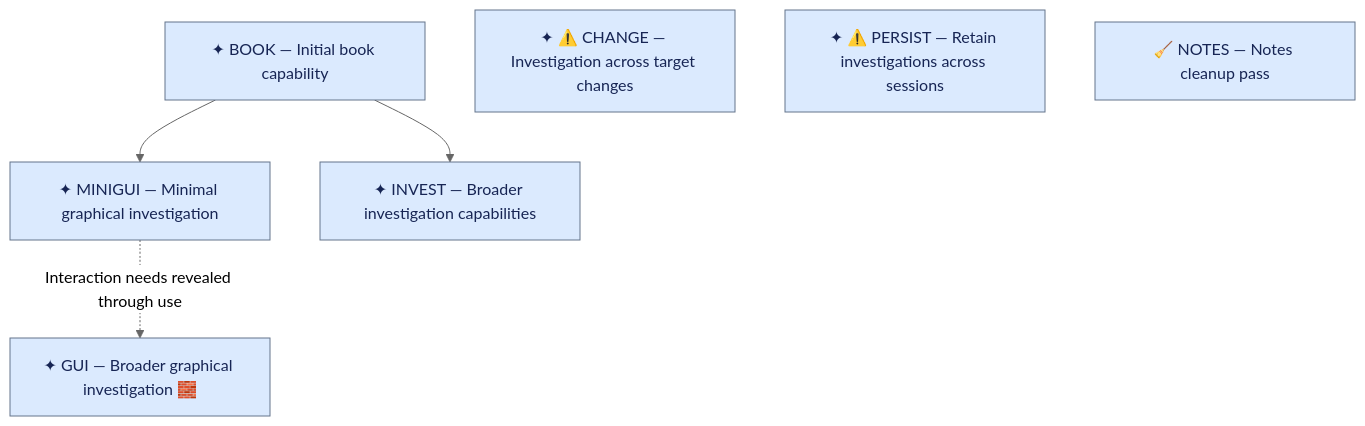
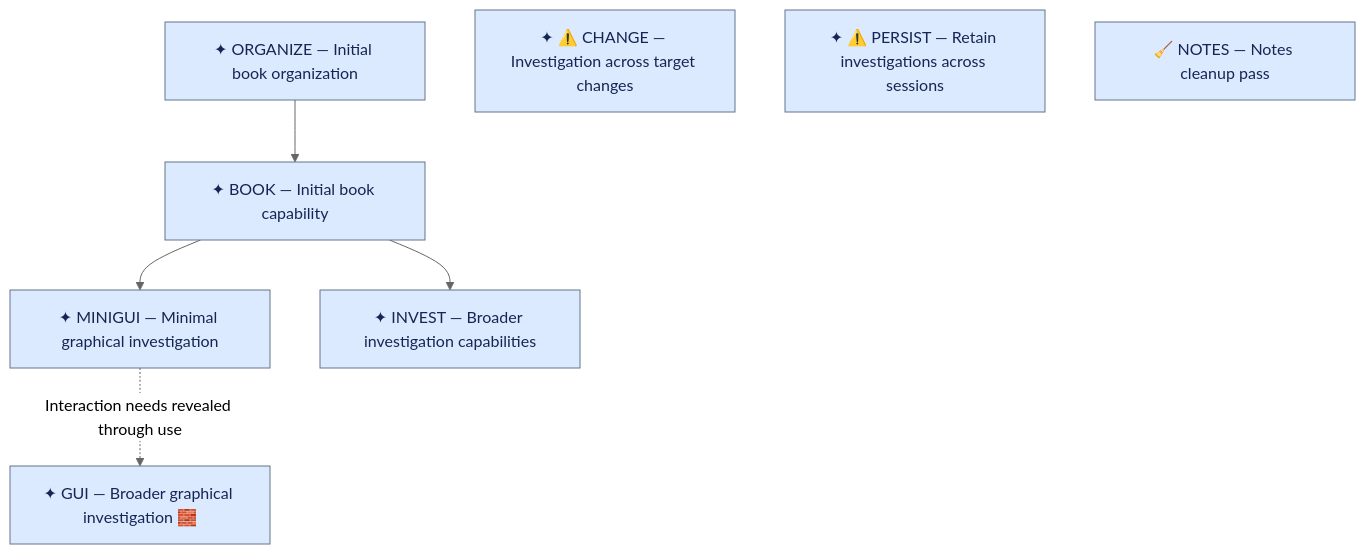
The diagram in steering/upcoming-work.md (ronen/postcode), drawn with Mermaid (neutral theme) before and after one commit. The commit also changed other lines of this file, not shown here.

Commit message:
Schedule initial book organization before page composition

````diff
--- a/steering/upcoming-work.md
+++ b/steering/upcoming-work.md
@@ -75,11 +75,12 @@
 ```mermaid
 flowchart TD
-    BOOK["✦ BOOK — Initial book capability"] --> MINIGUI["✦ MINIGUI — Minimal graphical investigation"]
+    ORGANIZE["✦ ORGANIZE — Initial book organization"] --> BOOK["✦ BOOK — Initial book capability"]
+    BOOK --> MINIGUI["✦ MINIGUI — Minimal graphical investigation"]
     BOOK --> INVEST["✦ INVEST — Broader investigation capabilities"]
     MINIGUI -. Interaction needs revealed through use .-> GUI["✦ GUI — Broader graphical investigation 🧱"]
     CHANGE["✦ ⚠️ CHANGE — Investigation across target changes"]
     PERSIST["✦ ⚠️ PERSIST — Retain investigations across sessions"]
     NOTES["🧹 NOTES — Notes cleanup pass"]
 
     classDef default fill:#dbeafe,stroke:#64748b,color:#172554
 ```
````
